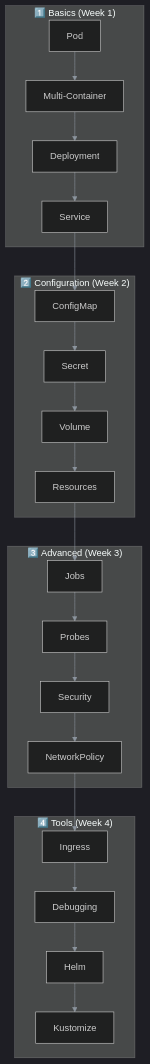
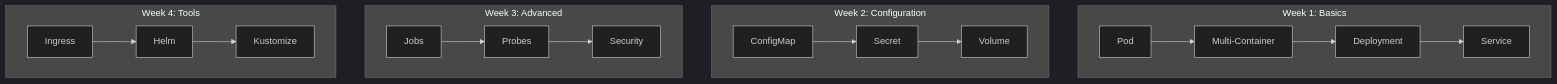
The diagram in README.md (uzunenes/CKAD), drawn with Mermaid before and after one commit. The commit also changed other lines of this file and 20 other files, not shown here.

Commit message:
📄 GitHub Pages ready - Just the Docs theme with Mermaid support

````diff
--- a/README.md
+++ b/README.md
@@ -42,31 +43,24 @@
 ```mermaid
-%%{init: {'theme': 'dark', 'themeVariables': { 'primaryColor': '#1f6feb', 'primaryTextColor': '#fff', 'primaryBorderColor': '#388bfd', 'lineColor': '#8b949e', 'secondaryColor': '#21262d', 'tertiaryColor': '#161b22'}}}%%
+%%{init: {'theme': 'dark'}}%%
 graph TB
-    subgraph "1️⃣ Basics (Week 1)"
+    subgraph "Week 1: Basics"
         POD[Pod] --> MULTI[Multi-Container]
         MULTI --> DEP[Deployment]
         DEP --> SVC[Service]
     end
     
-    subgraph "2️⃣ Configuration (Week 2)"
+    subgraph "Week 2: Configuration"
         CM[ConfigMap] --> SEC[Secret]
         SEC --> VOL[Volume]
-        VOL --> RES[Resources]
     end
     
-    subgraph "3️⃣ Advanced (Week 3)"
+    subgraph "Week 3: Advanced"
         JOB[Jobs] --> PROBE[Probes]
         PROBE --> SECCTX[Security]
-        SECCTX --> NP[NetworkPolicy]
     end
     
-    subgraph "4️⃣ Tools (Week 4)"
-        ING[Ingress] --> DEBUG[Debugging]
-        DEBUG --> HELM[Helm]
+    subgraph "Week 4: Tools"
+        ING[Ingress] --> HELM[Helm]
         HELM --> KUS[Kustomize]
     end
-    
-    SVC --> CM
-    RES --> JOB
-    NP --> ING
 ```
````
